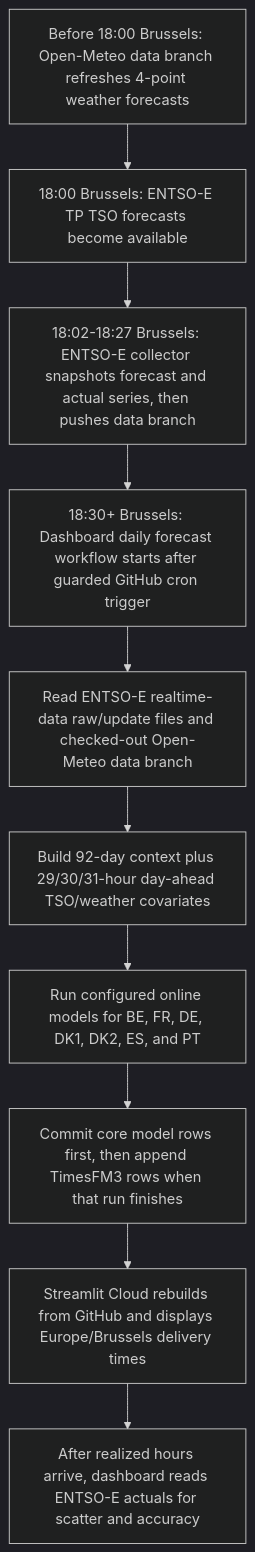
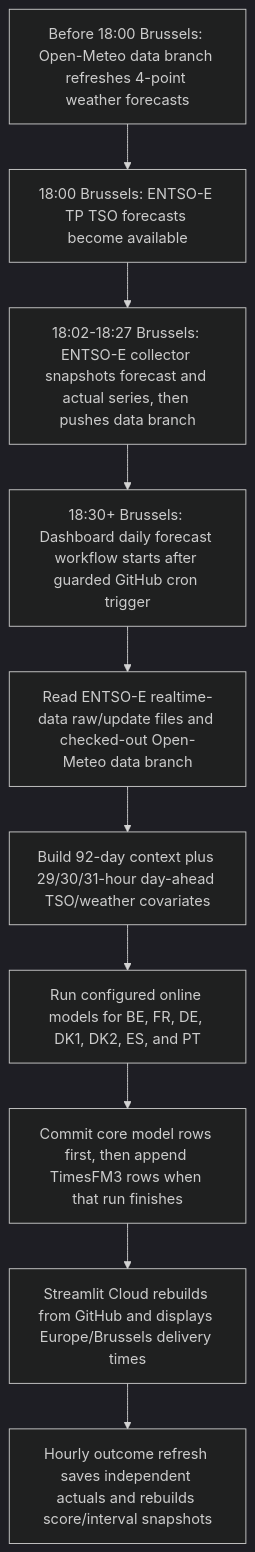
One commit to XiaoyuJIN97/tp-plus-plus-real-time-forecasting-dashboard changed the diagram in README.md. Above: the diagram before and after it, drawn with Mermaid (dark theme). The commit also changed other lines of this file and 16 other files, not shown here.

````diff
--- a/README.md
+++ b/README.md
@@ -132,12 +147,12 @@
 ```mermaid
 flowchart TD
   A["Before 18:00 Brussels: Open-Meteo data branch refreshes 4-point weather forecasts"] --> B["18:00 Brussels: ENTSO-E TP TSO forecasts become available"]
   B --> C["18:02-18:27 Brussels: ENTSO-E collector snapshots forecast and actual series, then pushes data branch"]
   C --> D["18:30+ Brussels: Dashboard daily forecast workflow starts after guarded GitHub cron trigger"]
   D --> E["Read ENTSO-E realtime-data raw/update files and checked-out Open-Meteo data branch"]
   E --> G["Build 92-day context plus 29/30/31-hour day-ahead TSO/weather covariates"]
   G --> H["Run configured online models for BE, FR, DE, DK1, DK2, ES, and PT"]
   H --> I["Commit core model rows first, then append TimesFM3 rows when that run finishes"]
   I --> J["Streamlit Cloud rebuilds from GitHub and displays Europe/Brussels delivery times"]
-  J --> K["After realized hours arrive, dashboard reads ENTSO-E actuals for scatter and accuracy"]
+  J --> K["Hourly outcome refresh saves independent actuals and rebuilds score/interval snapshots"]
 ```
````
